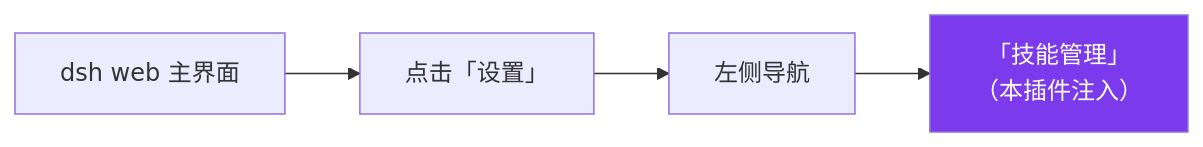
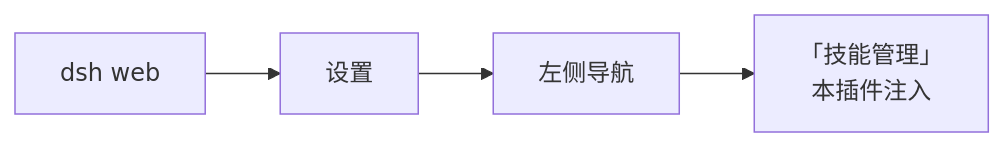
One commit to xinshang777/dsh-skill-manager changed the first of 2 diagrams in README.md. Above: the diagram before and after it, drawn with Mermaid. The commit also changed other lines of this file, not shown here.

````diff
--- a/README.md
+++ b/README.md
@@ -139,7 +91,6 @@
 ```mermaid
 flowchart LR
-    A["dsh web 主界面"] --> B["点击「设置」"]
+    A["dsh web"] --> B["设置"]
     B --> C["左侧导航"]
-    C --> D["「技能管理」<br/>（本插件注入）"]
-    style D fill:#7C3AED,color:#fff
+    C --> D["「技能管理」<br/>本插件注入"]
 ```
````
